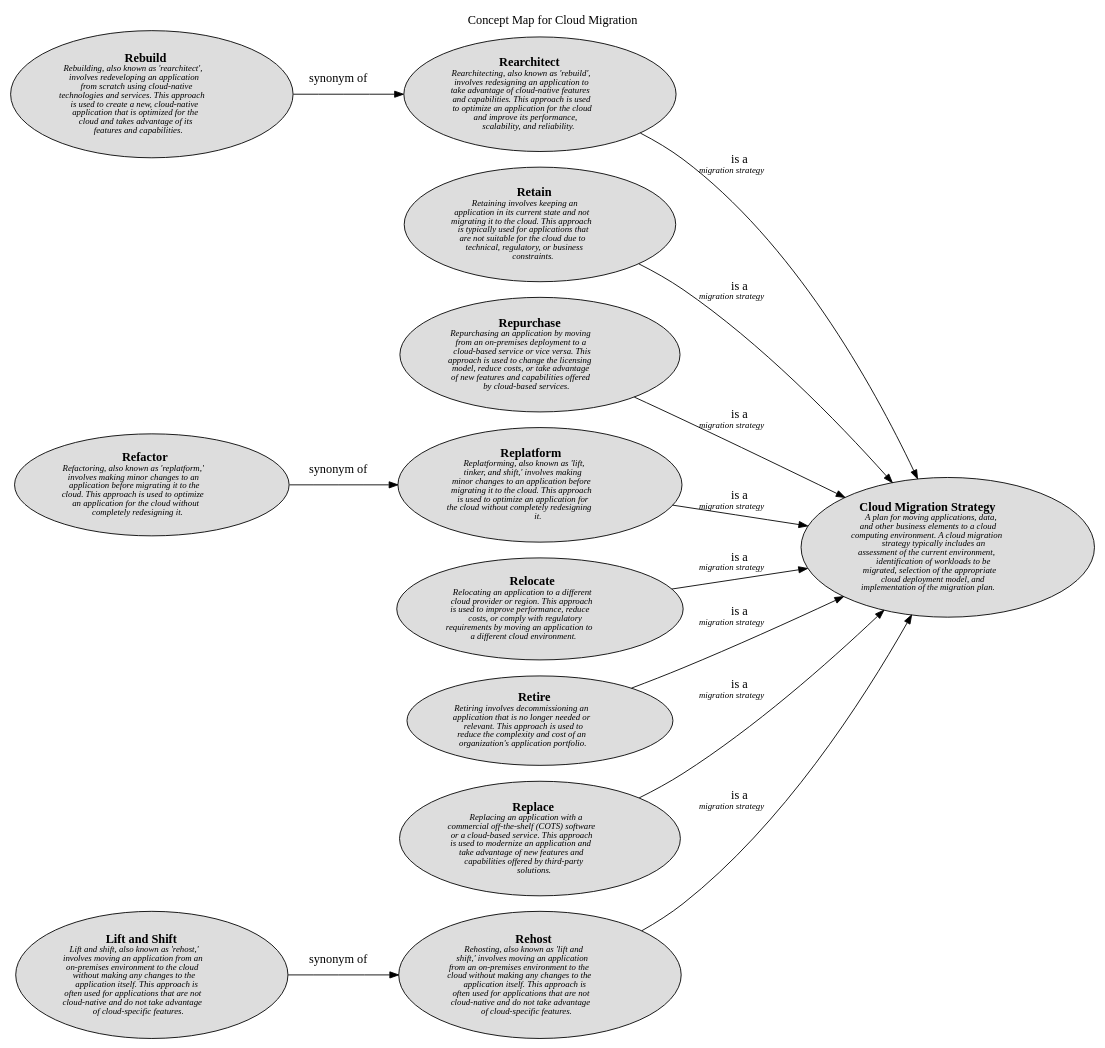
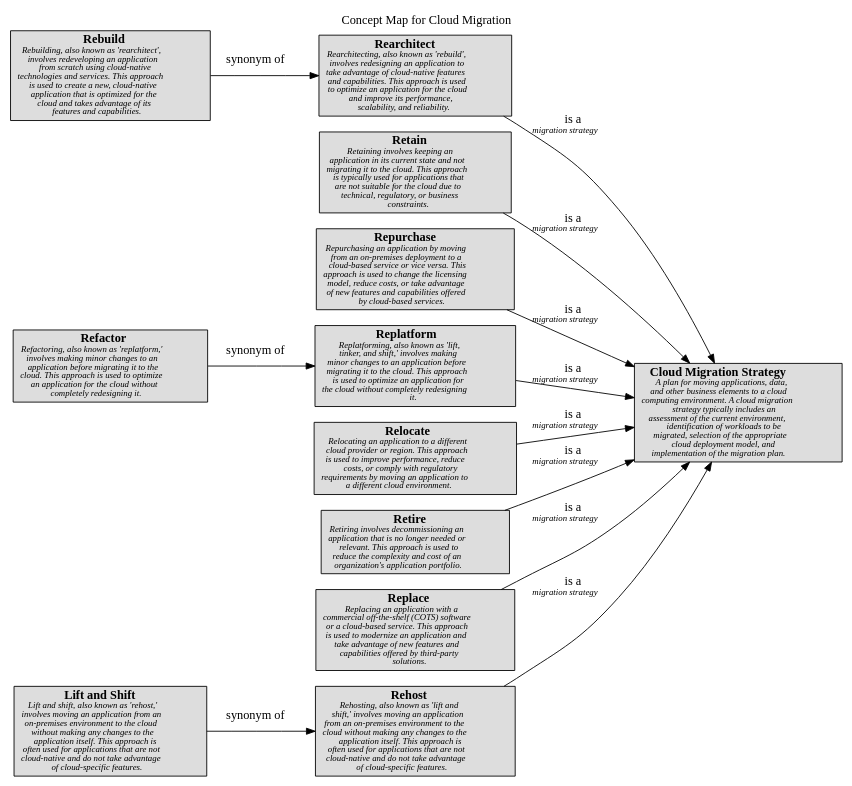
Before and after one commit to lsolbach/overarch-models: the diagram in docs/software-development/cloud/migration/concept-view.dot, drawn with Graphviz. The commit also changed 57 other files, not shown here.

```diff
--- a/docs/software-development/cloud/migration/concept-view.dot
+++ b/docs/software-development/cloud/migration/concept-view.dot
@@ -1,34 +1,34 @@
 digraph "Concept Map for Cloud Migration" {
   labelloc= "t"
   label="Concept Map for Cloud Migration"
   rankdir="LR"
 
   layout=dot
-software_development_cloud_migration__rehost [shape=ellipse style=filled fillcolor="#dddddd" label=<<B>Rehost</B><BR/><FONT POINT-SIZE="10"><I>Rehosting, also known as &apos;lift and<BR/>shift,&apos; involves moving an application<BR/>from an on-premises environment to the<BR/>cloud without making any changes to the<BR/>application itself. This approach is<BR/>often used for applications that are not<BR/>cloud-native and do not take advantage<BR/>of cloud-specific features. </I></FONT>>]
-software_development_cloud_migration__rearchitect [shape=ellipse style=filled fillcolor="#dddddd" label=<<B>Rearchitect</B><BR/><FONT POINT-SIZE="10"><I>Rearchitecting, also known as &apos;rebuild&apos;,<BR/>involves redesigning an application to<BR/>take advantage of cloud-native features<BR/>and capabilities. This approach is used<BR/>to optimize an application for the cloud<BR/>and improve its performance,<BR/>scalability, and reliability. </I></FONT>>]
-software_development_cloud_migration__lift_and_shift [shape=ellipse style=filled fillcolor="#dddddd" label=<<B>Lift and Shift</B><BR/><FONT POINT-SIZE="10"><I>Lift and shift, also known as &apos;rehost,&apos;<BR/>involves moving an application from an<BR/>on-premises environment to the cloud<BR/>without making any changes to the<BR/>application itself. This approach is<BR/>often used for applications that are not<BR/>cloud-native and do not take advantage<BR/>of cloud-specific features. </I></FONT>>]
-software_development_cloud_migration__rebuild [shape=ellipse style=filled fillcolor="#dddddd" label=<<B>Rebuild</B><BR/><FONT POINT-SIZE="10"><I>Rebuilding, also known as &apos;rearchitect&apos;,<BR/>involves redeveloping an application<BR/>from scratch using cloud-native<BR/>technologies and services. This approach<BR/>is used to create a new, cloud-native<BR/>application that is optimized for the<BR/>cloud and takes advantage of its<BR/>features and capabilities. </I></FONT>>]
-software_development_cloud__cloud_migration_strategy [shape=ellipse style=filled fillcolor="#dddddd" label=<<B>Cloud Migration Strategy</B><BR/><FONT POINT-SIZE="10"><I>A plan for moving applications, data,<BR/>and other business elements to a cloud<BR/>computing environment. A cloud migration<BR/>strategy typically includes an<BR/>assessment of the current environment,<BR/>identification of workloads to be<BR/>migrated, selection of the appropriate<BR/>cloud deployment model, and<BR/>implementation of the migration plan. </I></FONT>>]
-software_development_cloud_migration__retain [shape=ellipse style=filled fillcolor="#dddddd" label=<<B>Retain</B><BR/><FONT POINT-SIZE="10"><I>Retaining involves keeping an<BR/>application in its current state and not<BR/>migrating it to the cloud. This approach<BR/>is typically used for applications that<BR/>are not suitable for the cloud due to<BR/>technical, regulatory, or business<BR/>constraints. </I></FONT>>]
-software_development_cloud_migration__refactor [shape=ellipse style=filled fillcolor="#dddddd" label=<<B>Refactor</B><BR/><FONT POINT-SIZE="10"><I>Refactoring, also known as &apos;replatform,&apos;<BR/>involves making minor changes to an<BR/>application before migrating it to the<BR/>cloud. This approach is used to optimize<BR/>an application for the cloud without<BR/>completely redesigning it. </I></FONT>>]
-software_development_cloud_migration__repurchase [shape=ellipse style=filled fillcolor="#dddddd" label=<<B>Repurchase</B><BR/><FONT POINT-SIZE="10"><I>Repurchasing an application by moving<BR/>from an on-premises deployment to a<BR/>cloud-based service or vice versa. This<BR/>approach is used to change the licensing<BR/>model, reduce costs, or take advantage<BR/>of new features and capabilities offered<BR/>by cloud-based services. </I></FONT>>]
-software_development_cloud_migration__replatform [shape=ellipse style=filled fillcolor="#dddddd" label=<<B>Replatform</B><BR/><FONT POINT-SIZE="10"><I>Replatforming, also known as &apos;lift,<BR/>tinker, and shift,&apos; involves making<BR/>minor changes to an application before<BR/>migrating it to the cloud. This approach<BR/>is used to optimize an application for<BR/>the cloud without completely redesigning<BR/>it. </I></FONT>>]
-software_development_cloud_migration__relocate [shape=ellipse style=filled fillcolor="#dddddd" label=<<B>Relocate</B><BR/><FONT POINT-SIZE="10"><I>Relocating an application to a different<BR/>cloud provider or region. This approach<BR/>is used to improve performance, reduce<BR/>costs, or comply with regulatory<BR/>requirements by moving an application to<BR/>a different cloud environment. </I></FONT>>]
-software_development_cloud_migration__retire [shape=ellipse style=filled fillcolor="#dddddd" label=<<B>Retire</B><BR/><FONT POINT-SIZE="10"><I>Retiring involves decommissioning an<BR/>application that is no longer needed or<BR/>relevant. This approach is used to<BR/>reduce the complexity and cost of an<BR/>organization&apos;s application portfolio. </I></FONT>>]
-software_development_cloud_migration__replace [shape=ellipse style=filled fillcolor="#dddddd" label=<<B>Replace</B><BR/><FONT POINT-SIZE="10"><I>Replacing an application with a<BR/>commercial off-the-shelf (COTS) software<BR/>or a cloud-based service. This approach<BR/>is used to modernize an application and<BR/>take advantage of new features and<BR/>capabilities offered by third-party<BR/>solutions. </I></FONT>>]
+software_development_cloud_migration__rehost [shape=box style=filled fillcolor="#dddddd" label=<<B>Rehost</B><BR/><FONT POINT-SIZE="10"><I>Rehosting, also known as &apos;lift and<BR/>shift,&apos; involves moving an application<BR/>from an on-premises environment to the<BR/>cloud without making any changes to the<BR/>application itself. This approach is<BR/>often used for applications that are not<BR/>cloud-native and do not take advantage<BR/>of cloud-specific features. </I></FONT>>]
+software_development_cloud_migration__rearchitect [shape=box style=filled fillcolor="#dddddd" label=<<B>Rearchitect</B><BR/><FONT POINT-SIZE="10"><I>Rearchitecting, also known as &apos;rebuild&apos;,<BR/>involves redesigning an application to<BR/>take advantage of cloud-native features<BR/>and capabilities. This approach is used<BR/>to optimize an application for the cloud<BR/>and improve its performance,<BR/>scalability, and reliability. </I></FONT>>]
+software_development_cloud_migration__lift_and_shift [shape=box style=filled fillcolor="#dddddd" label=<<B>Lift and Shift</B><BR/><FONT POINT-SIZE="10"><I>Lift and shift, also known as &apos;rehost,&apos;<BR/>involves moving an application from an<BR/>on-premises environment to the cloud<BR/>without making any changes to the<BR/>application itself. This approach is<BR/>often used for applications that are not<BR/>cloud-native and do not take advantage<BR/>of cloud-specific features. </I></FONT>>]
+software_development_cloud_migration__rebuild [shape=box style=filled fillcolor="#dddddd" label=<<B>Rebuild</B><BR/><FONT POINT-SIZE="10"><I>Rebuilding, also known as &apos;rearchitect&apos;,<BR/>involves redeveloping an application<BR/>from scratch using cloud-native<BR/>technologies and services. This approach<BR/>is used to create a new, cloud-native<BR/>application that is optimized for the<BR/>cloud and takes advantage of its<BR/>features and capabilities. </I></FONT>>]
+software_development_cloud__cloud_migration_strategy [shape=box style=filled fillcolor="#dddddd" label=<<B>Cloud Migration Strategy</B><BR/><FONT POINT-SIZE="10"><I>A plan for moving applications, data,<BR/>and other business elements to a cloud<BR/>computing environment. A cloud migration<BR/>strategy typically includes an<BR/>assessment of the current environment,<BR/>identification of workloads to be<BR/>migrated, selection of the appropriate<BR/>cloud deployment model, and<BR/>implementation of the migration plan. </I></FONT>>]
+software_development_cloud_migration__retain [shape=box style=filled fillcolor="#dddddd" label=<<B>Retain</B><BR/><FONT POINT-SIZE="10"><I>Retaining involves keeping an<BR/>application in its current state and not<BR/>migrating it to the cloud. This approach<BR/>is typically used for applications that<BR/>are not suitable for the cloud due to<BR/>technical, regulatory, or business<BR/>constraints. </I></FONT>>]
+software_development_cloud_migration__refactor [shape=box style=filled fillcolor="#dddddd" label=<<B>Refactor</B><BR/><FONT POINT-SIZE="10"><I>Refactoring, also known as &apos;replatform,&apos;<BR/>involves making minor changes to an<BR/>application before migrating it to the<BR/>cloud. This approach is used to optimize<BR/>an application for the cloud without<BR/>completely redesigning it. </I></FONT>>]
+software_development_cloud_migration__repurchase [shape=box style=filled fillcolor="#dddddd" label=<<B>Repurchase</B><BR/><FONT POINT-SIZE="10"><I>Repurchasing an application by moving<BR/>from an on-premises deployment to a<BR/>cloud-based service or vice versa. This<BR/>approach is used to change the licensing<BR/>model, reduce costs, or take advantage<BR/>of new features and capabilities offered<BR/>by cloud-based services. </I></FONT>>]
+software_development_cloud_migration__replatform [shape=box style=filled fillcolor="#dddddd" label=<<B>Replatform</B><BR/><FONT POINT-SIZE="10"><I>Replatforming, also known as &apos;lift,<BR/>tinker, and shift,&apos; involves making<BR/>minor changes to an application before<BR/>migrating it to the cloud. This approach<BR/>is used to optimize an application for<BR/>the cloud without completely redesigning<BR/>it. </I></FONT>>]
+software_development_cloud_migration__relocate [shape=box style=filled fillcolor="#dddddd" label=<<B>Relocate</B><BR/><FONT POINT-SIZE="10"><I>Relocating an application to a different<BR/>cloud provider or region. This approach<BR/>is used to improve performance, reduce<BR/>costs, or comply with regulatory<BR/>requirements by moving an application to<BR/>a different cloud environment. </I></FONT>>]
+software_development_cloud_migration__retire [shape=box style=filled fillcolor="#dddddd" label=<<B>Retire</B><BR/><FONT POINT-SIZE="10"><I>Retiring involves decommissioning an<BR/>application that is no longer needed or<BR/>relevant. This approach is used to<BR/>reduce the complexity and cost of an<BR/>organization&apos;s application portfolio. </I></FONT>>]
+software_development_cloud_migration__replace [shape=box style=filled fillcolor="#dddddd" label=<<B>Replace</B><BR/><FONT POINT-SIZE="10"><I>Replacing an application with a<BR/>commercial off-the-shelf (COTS) software<BR/>or a cloud-based service. This approach<BR/>is used to modernize an application and<BR/>take advantage of new features and<BR/>capabilities offered by third-party<BR/>solutions. </I></FONT>>]
  
 software_development_cloud_migration__lift_and_shift -> software_development_cloud_migration__rehost [label=<synonym of<BR/><FONT POINT-SIZE="10"><I> </I></FONT>>]
 software_development_cloud_migration__retain -> software_development_cloud__cloud_migration_strategy [label=<is a<BR/><FONT POINT-SIZE="10"><I>migration strategy </I></FONT>>]
 software_development_cloud_migration__relocate -> software_development_cloud__cloud_migration_strategy [label=<is a<BR/><FONT POINT-SIZE="10"><I>migration strategy </I></FONT>>]
 software_development_cloud_migration__replatform -> software_development_cloud__cloud_migration_strategy [label=<is a<BR/><FONT POINT-SIZE="10"><I>migration strategy </I></FONT>>]
 software_development_cloud_migration__refactor -> software_development_cloud_migration__replatform [label=<synonym of<BR/><FONT POINT-SIZE="10"><I> </I></FONT>>]
 software_development_cloud_migration__rearchitect -> software_development_cloud__cloud_migration_strategy [label=<is a<BR/><FONT POINT-SIZE="10"><I>migration strategy </I></FONT>>]
 software_development_cloud_migration__repurchase -> software_development_cloud__cloud_migration_strategy [label=<is a<BR/><FONT POINT-SIZE="10"><I>migration strategy </I></FONT>>]
 software_development_cloud_migration__replace -> software_development_cloud__cloud_migration_strategy [label=<is a<BR/><FONT POINT-SIZE="10"><I>migration strategy </I></FONT>>]
 software_development_cloud_migration__rebuild -> software_development_cloud_migration__rearchitect [label=<synonym of<BR/><FONT POINT-SIZE="10"><I> </I></FONT>>]
 software_development_cloud_migration__rehost -> software_development_cloud__cloud_migration_strategy [label=<is a<BR/><FONT POINT-SIZE="10"><I>migration strategy </I></FONT>>]
 software_development_cloud_migration__retire -> software_development_cloud__cloud_migration_strategy [label=<is a<BR/><FONT POINT-SIZE="10"><I>migration strategy </I></FONT>>]
  
 }
 
 // (generated by Overarch with template views/view.dot.cmb)
```
